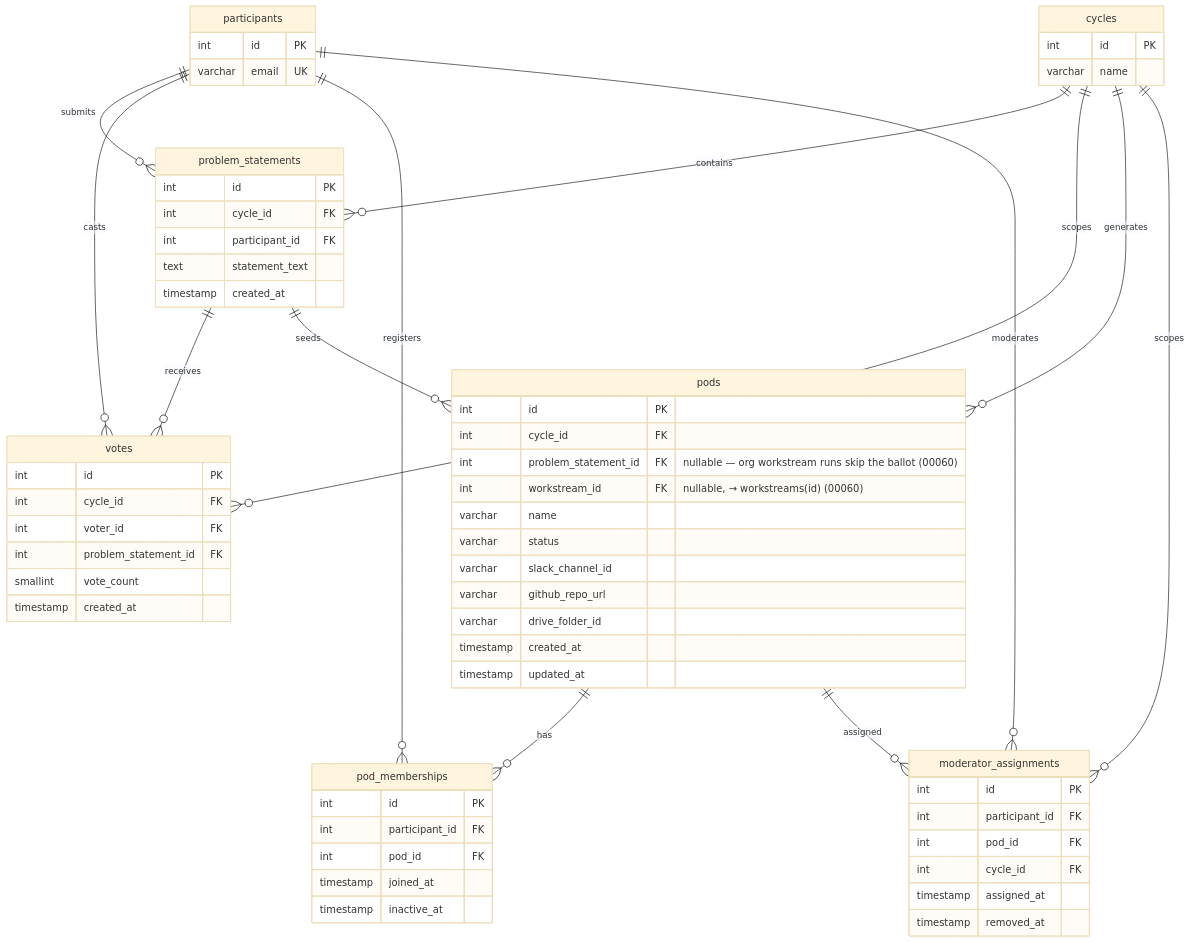
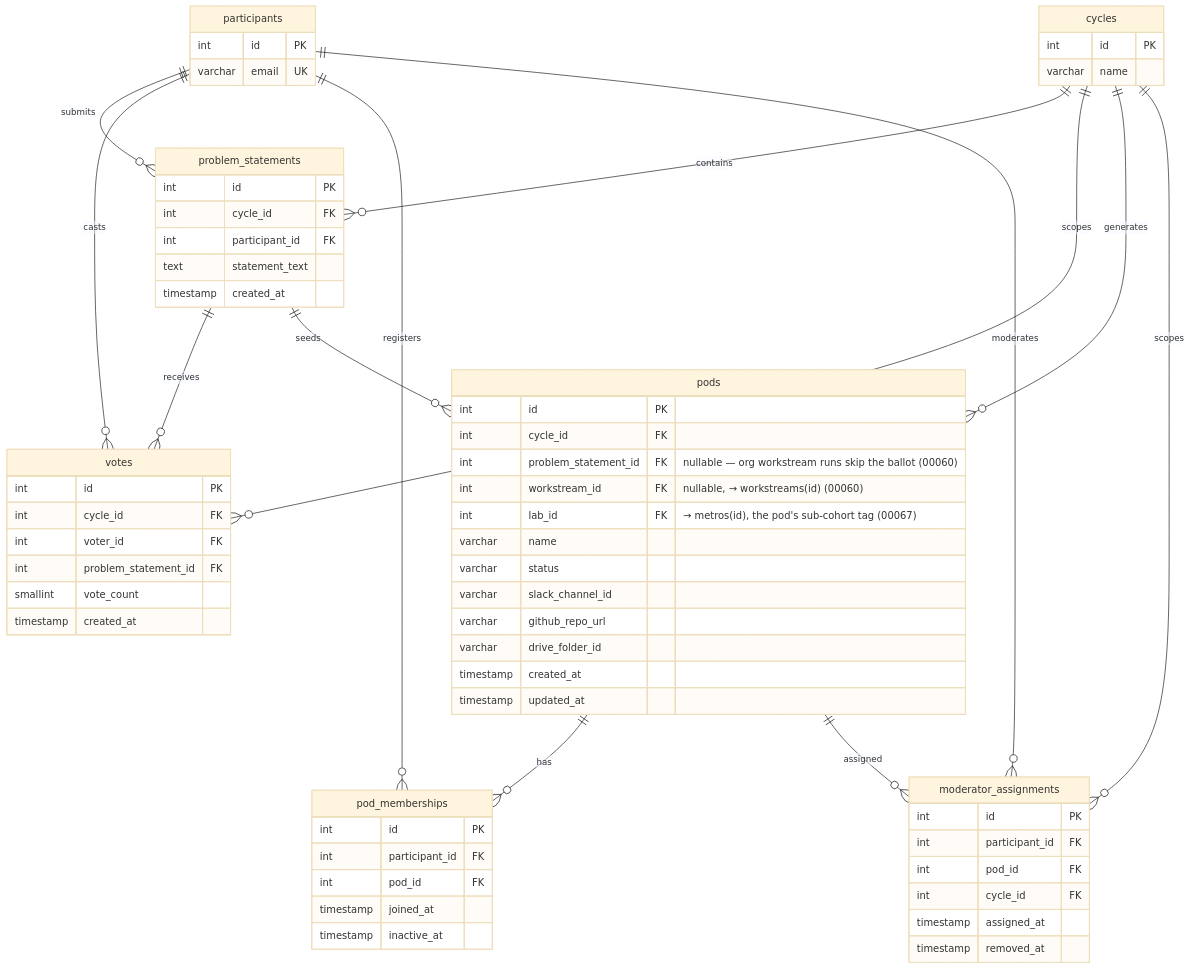
One commit to TheUpskillingLabs/OLOS changed the fourth of 9 diagrams in SCHEMA.md. Above: the diagram before and after it, drawn with Mermaid (base theme). The commit also changed other lines of this file and 5 other files, not shown here.

````diff
--- a/SCHEMA.md
+++ b/SCHEMA.md
@@ -252,73 +254,74 @@
 ```mermaid
 erDiagram
     cycles {
         int id PK
         varchar name
     }
 
     participants {
         int id PK
         varchar email UK
     }
 
     problem_statements {
         int id PK
         int cycle_id FK
         int participant_id FK
         text statement_text
         timestamp created_at
     }
 
     votes {
         int id PK
         int cycle_id FK
         int voter_id FK
         int problem_statement_id FK
         smallint vote_count
         timestamp created_at
     }
 
     pods {
         int id PK
         int cycle_id FK
         int problem_statement_id FK "nullable — org workstream runs skip the ballot (00060)"
         int workstream_id FK "nullable, → workstreams(id) (00060)"
+        int lab_id FK "→ metros(id), the pod's sub-cohort tag (00067)"
         varchar name
         varchar status
         varchar slack_channel_id
         varchar github_repo_url
         varchar drive_folder_id
         timestamp created_at
         timestamp updated_at
     }
 
     pod_memberships {
         int id PK
         int participant_id FK
         int pod_id FK
         timestamp joined_at
         timestamp inactive_at
     }
 
     moderator_assignments {
         int id PK
         int participant_id FK
         int pod_id FK
         int cycle_id FK
         timestamp assigned_at
         timestamp removed_at
     }
 
     cycles ||--o{ problem_statements : "contains"
     participants ||--o{ problem_statements : "submits"
     problem_statements ||--o{ votes : "receives"
     participants ||--o{ votes : "casts"
     cycles ||--o{ votes : "scopes"
     problem_statements ||--o{ pods : "seeds"
     cycles ||--o{ pods : "generates"
     pods ||--o{ pod_memberships : "has"
     participants ||--o{ pod_memberships : "registers"
     pods ||--o{ moderator_assignments : "assigned"
     participants ||--o{ moderator_assignments : "moderates"
     cycles ||--o{ moderator_assignments : "scopes"
 ```
````
